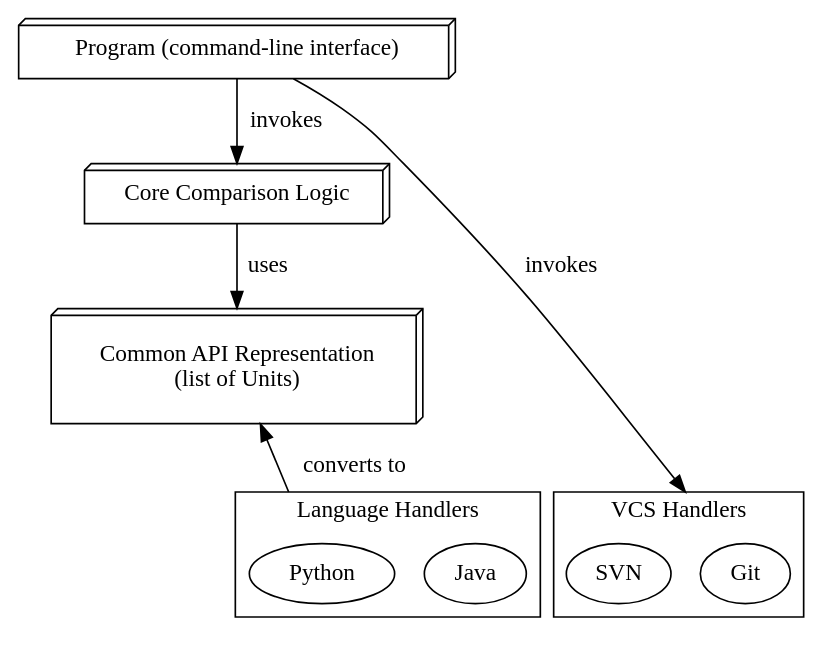
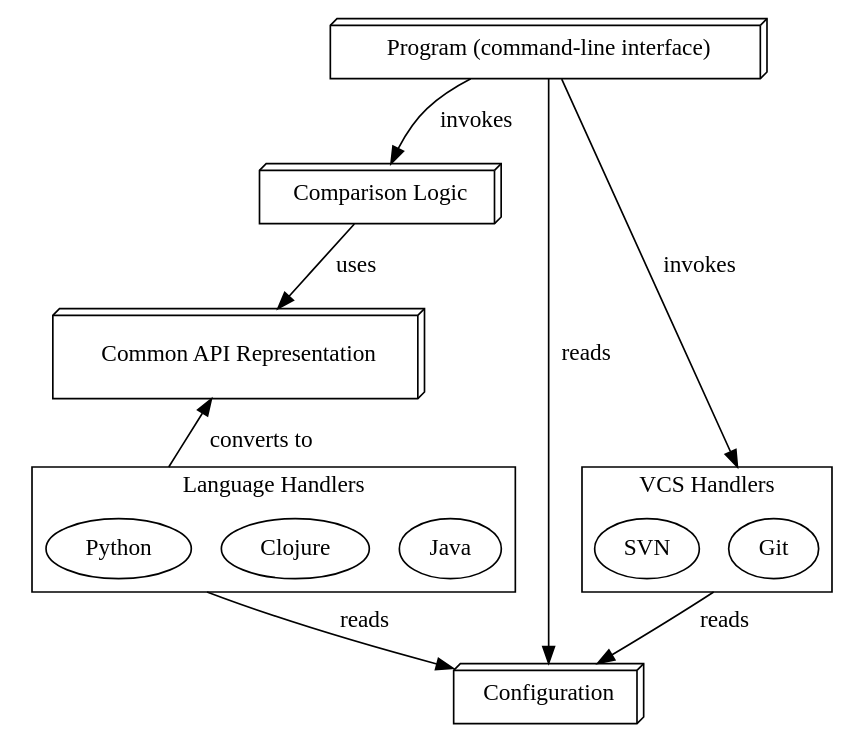
One commit to cshtarkov/autobump-dissertation changed the diagram in images/dot/architecture.dot. Above: the diagram before and after it, drawn with Graphviz. The commit also changed 1 other file, not shown here.

Commit message:
Architecture diagram with configuration

```diff
--- a/images/dot/architecture.dot
+++ b/images/dot/architecture.dot
@@ -1,33 +1,39 @@
 digraph architecture {
     newrank=true;
     compound=true;
     // graph [fontsize=30];
     node [shape=box3d];
     // edge [fontsize=30];
 
-    core [label="Core Comparison Logic",group=gm];
-    common [label="\nCommon API Representation\n(list of Units)\n ",group=gm];
+    core [label="Comparison Logic",group=gm];
+    common [label="\nCommon API Representation\n ",group=gm];
     program [label="Program (command-line interface)",group=gm];
+    config [label="Configuration",group=gm];
 
     subgraph cluster_languages {
         label="Language Handlers"
         java [label="Java",shape=ellipse];
+        clojure [label="Clojure",shape=ellipse];
         python_h [label="Python",shape=ellipse];
     }
 
     subgraph cluster_vcs {
         label="VCS Handlers"
         git_h [label="Git",shape=ellipse];
         svn [label="SVN",shape=ellipse];
     }
 
     program -> core [label=" invokes"]
     program -> git_h [label=" invokes",lhead=cluster_vcs]
     core -> common [label=" uses"]
     core -> python_h [style=invis,minlen=2]
     python_h -> common [label=" converts to",ltail=cluster_languages,constraint=false]
 
+    program -> config [label=" reads"]
+    python_h -> config [label=" reads",ltail=cluster_languages,constraint=false]
+    git_h -> config [label=" reads",ltail=cluster_vcs]
+
     {rank=min; program}
-    {rank=same; git_h svn java python_h}
+    {rank=same; git_h svn java clojure python_h}
 
 }
```
